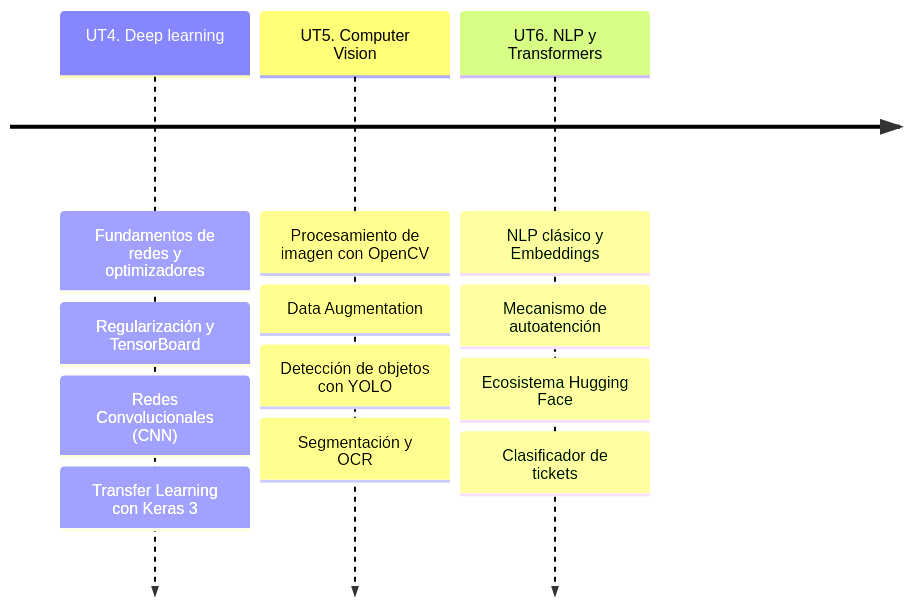
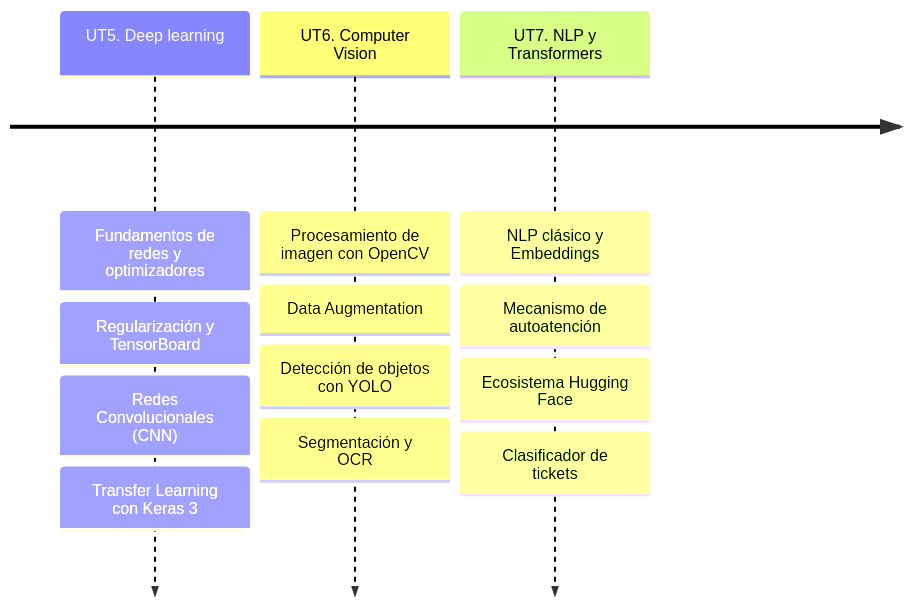
One commit to acamarac02/DevTacora changed the second of 3 diagrams in docs/02_pia_2627/index.md. Above: the diagram before and after it, drawn with Mermaid. The commit also changed other lines of this file and 2 other files, not shown here.

````diff
--- a/docs/02_pia_2627/index.md
+++ b/docs/02_pia_2627/index.md
@@ -75,22 +75,22 @@
 ```mermaid
 ---
 config:
   theme: default
 ---
 timeline
-    UT4. Deep learning
+    UT5. Deep learning
       : Fundamentos de redes y optimizadores
       : Regularización y TensorBoard
       : Redes Convolucionales (CNN)
       : Transfer Learning con Keras 3
-    UT5. Computer Vision
+    UT6. Computer Vision
       : Procesamiento de imagen con OpenCV
       : Data Augmentation
       : Detección de objetos con YOLO
       : Segmentación y OCR
-    UT6. NLP y Transformers
+    UT7. NLP y Transformers
       : NLP clásico y Embeddings
       : Mecanismo de autoatención
       : Ecosistema Hugging Face
       : Clasificador de tickets
 ```
````
